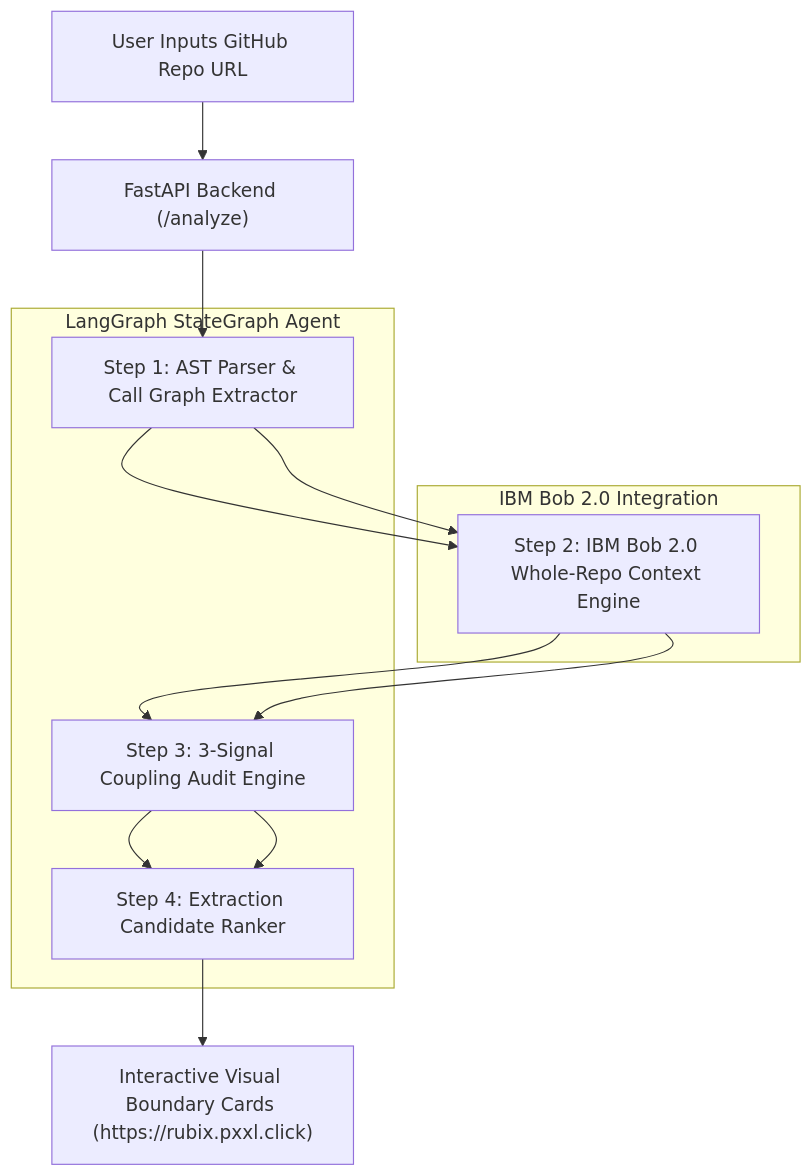
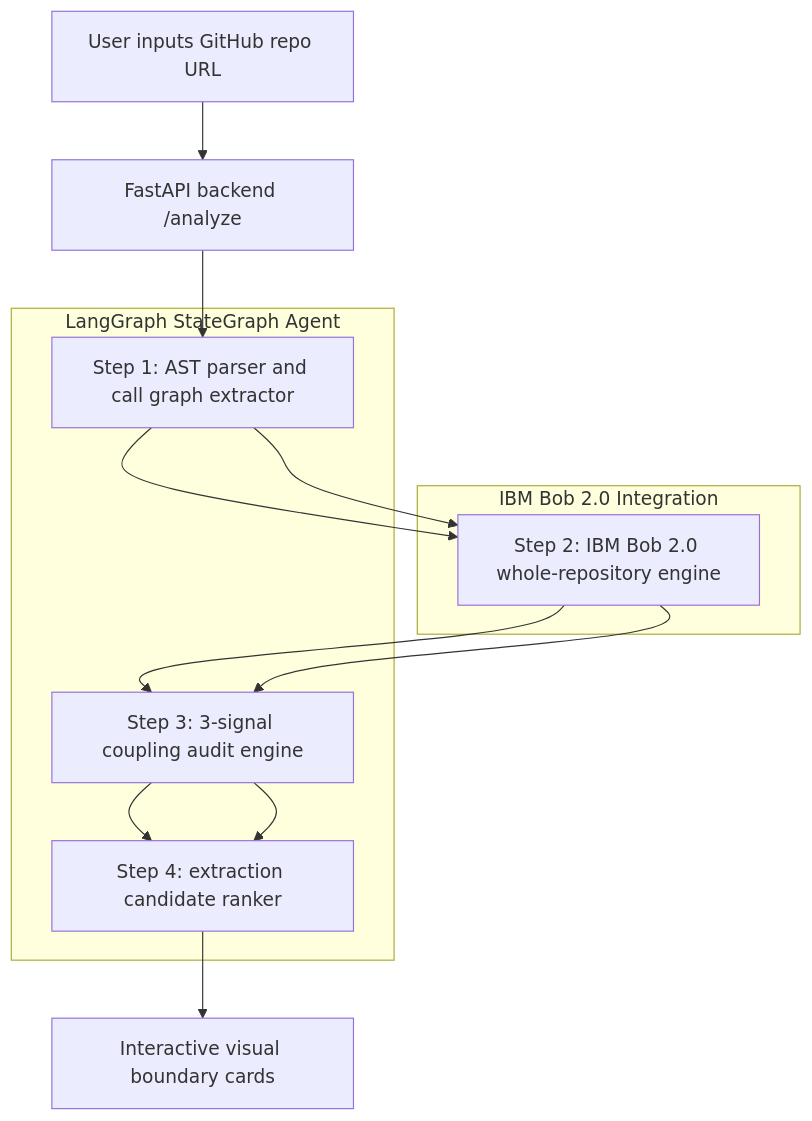
The diagram in docs/README.md (Mobolaji-dev/Rubix_backend), drawn with Mermaid before and after one commit. The commit also changed other lines of this file and 9 other files, not shown here.

````diff
--- a/docs/README.md
+++ b/docs/README.md
@@ -34,17 +54,17 @@
 ```mermaid
 flowchart TD
-    A["User Inputs GitHub Repo URL"] --> B["FastAPI Backend (/analyze)"]
-    B --> C["Step 1: AST Parser & Call Graph Extractor"]
-    C --> D["Step 2: IBM Bob 2.0 Whole-Repo Context Engine"]
-    D --> E["Step 3: 3-Signal Coupling Audit Engine"]
-    E --> F["Step 4: Extraction Candidate Ranker"]
-    F --> G["Interactive Visual Boundary Cards (https://rubix.pxxl.click)"]
-    
-    subgraph "IBM Bob 2.0 Integration"
-    D
+    A[User inputs GitHub repo URL] --> B[FastAPI backend /analyze]
+    B --> C[Step 1: AST parser and call graph extractor]
+    C --> D[Step 2: IBM Bob 2.0 whole-repository engine]
+    D --> E[Step 3: 3-signal coupling audit engine]
+    E --> F[Step 4: extraction candidate ranker]
+    F --> G[Interactive visual boundary cards]
+
+    subgraph IBM Bob 2.0 Integration
+        D
     end
-    
-    subgraph "LangGraph StateGraph Agent"
-    C --> D --> E --> F
+
+    subgraph LangGraph StateGraph Agent
+        C --> D --> E --> F
     end
 ```
````
